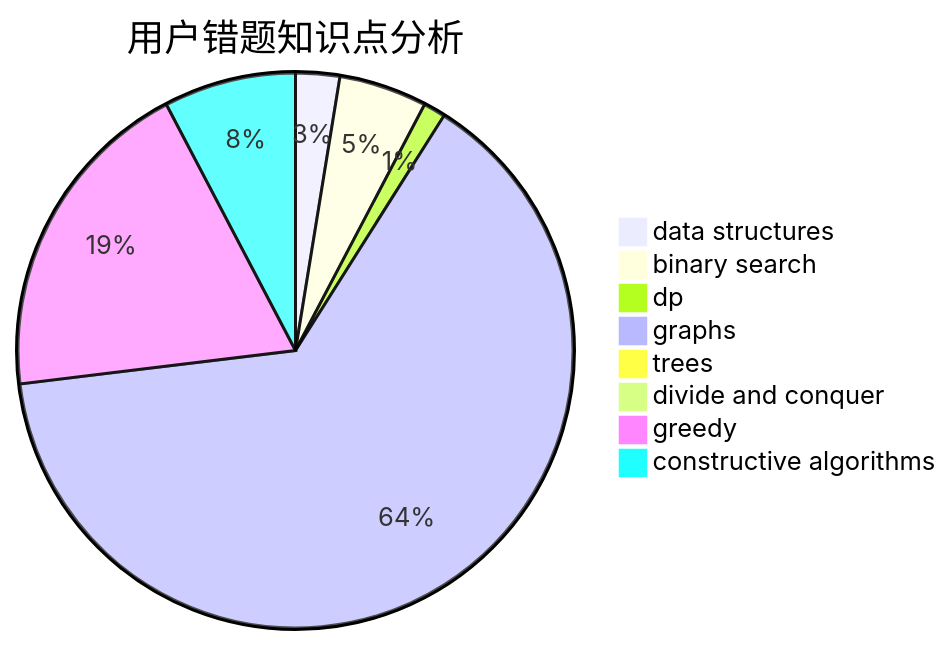
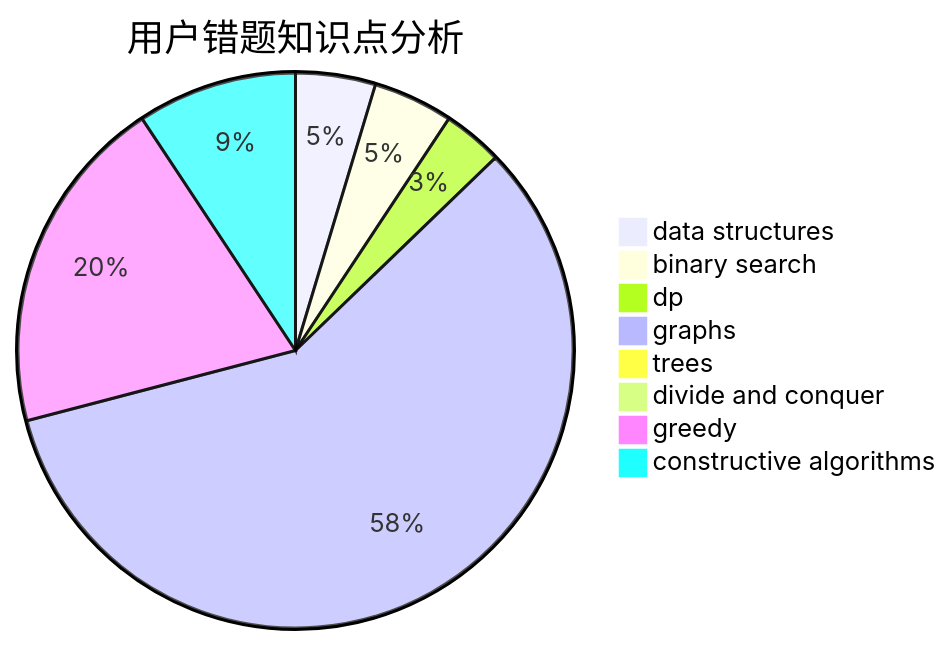
The third of 3 diagrams in docs/user/u1714.md (sherpahu/cfrs.github.io), drawn with Mermaid before and after one commit. The commit also changed other lines of this file and 2770 other files, not shown here.

````diff
--- a/docs/user/u1714.md
+++ b/docs/user/u1714.md
@@ -36,11 +36,11 @@
 ```mermaid
 pie title 用户错题知识点分析
-    "data structures" :  2
+    "data structures" :  4
     "binary search" :  4
-    "dp" :  1
+    "dp" :  3
     "graphs" :  50
     "trees" :  0
     "divide and conquer" :  0
-    "greedy" :  15
-    "constructive algorithms" :  6
+    "greedy" :  17
+    "constructive algorithms" :  8
 ```
````
